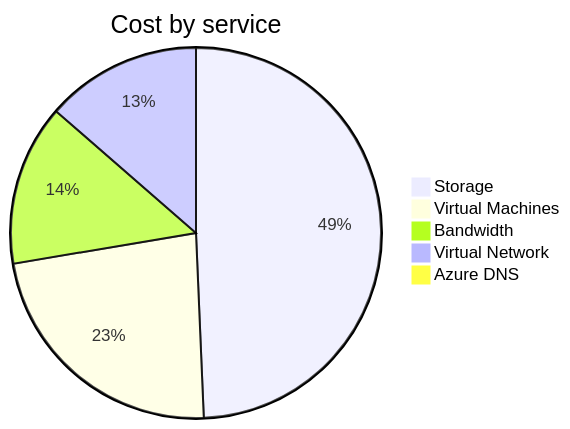
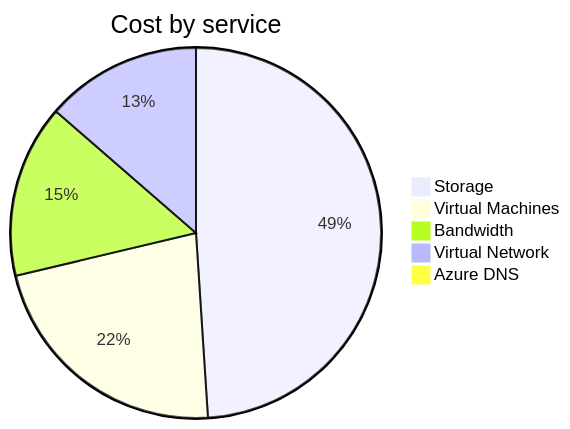
One commit to jpfulton/azure-personal-reports changed the second of 4 diagrams in cost-reports/personal-network/README.md. Above: the diagram before and after it, drawn with Mermaid. The commit also changed other lines of this file and 8 other files, not shown here.

````diff
--- a/cost-reports/personal-network/README.md
+++ b/cost-reports/personal-network/README.md
@@ -97,9 +97,9 @@
 ```mermaid
 pie
    title Cost by service
-   "Storage" : 3.30
-   "Virtual Machines" : 1.54
-   "Bandwidth" : 0.94
-   "Virtual Network" : 0.91
-   "Azure DNS" : 0.06
+   "Storage" : 4.28
+   "Virtual Machines" : 1.95
+   "Bandwidth" : 1.32
+   "Virtual Network" : 1.19
+   "Azure DNS" : 0.08
 ```
````
